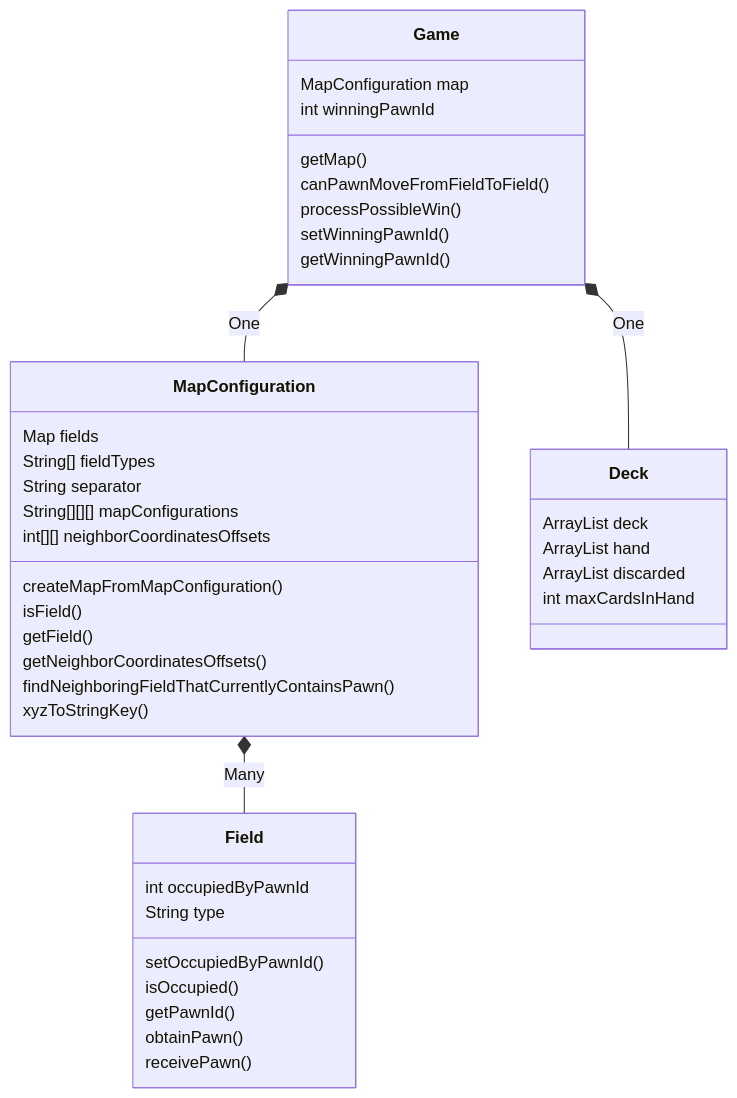
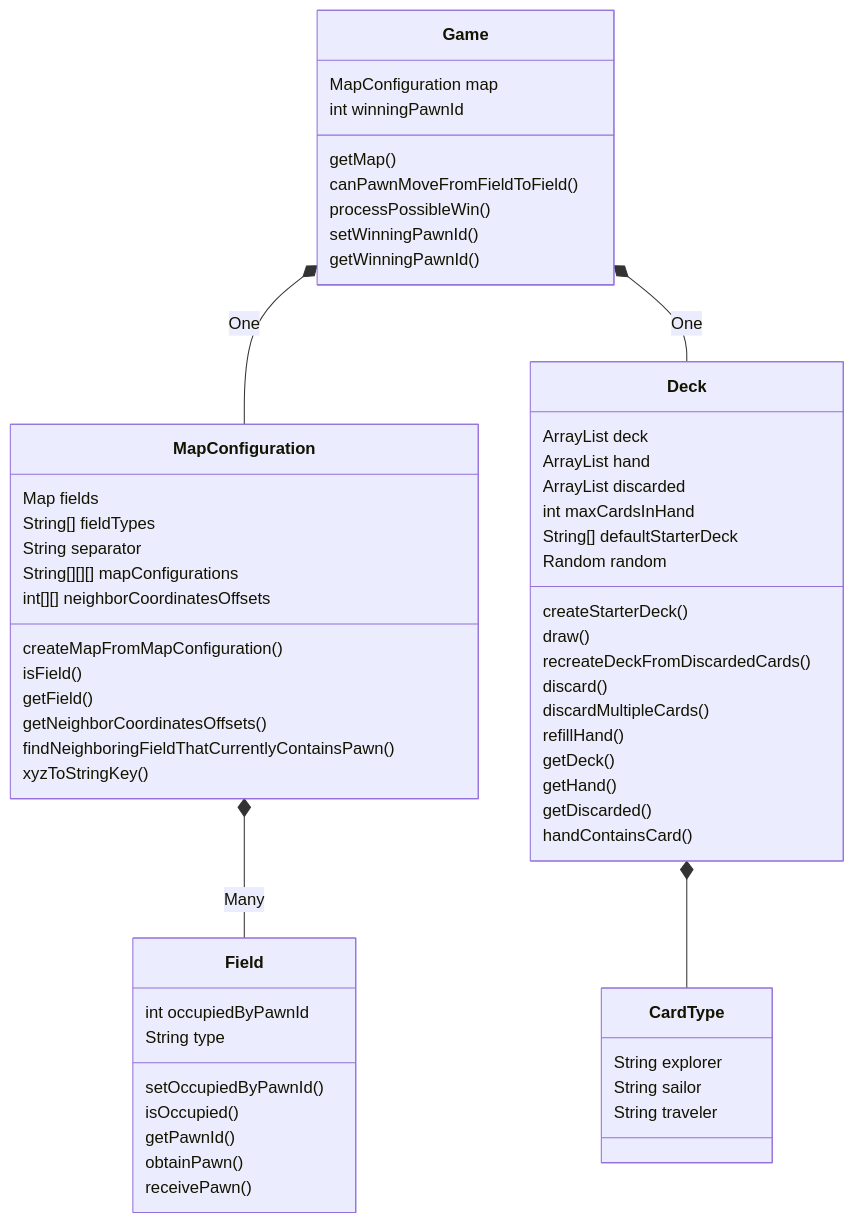
The ninth of 9 diagrams in ARCHITECTURE.md (stijnlinderman/eldorado), drawn with Mermaid before and after one commit.

````diff
--- a/ARCHITECTURE.md
+++ b/ARCHITECTURE.md
@@ -225,35 +225,51 @@
 ```mermaid
 classDiagram
 	Game *-- MapConfiguration : One
 	Game *-- Deck : One
 	Game : MapConfiguration map
 	Game : int winningPawnId
 	Game : getMap()
 	Game : canPawnMoveFromFieldToField()
 	Game : processPossibleWin()
 	Game : setWinningPawnId()
 	Game : getWinningPawnId()
 	MapConfiguration *-- Field : Many
 	MapConfiguration : Map<String,Field> fields
 	MapConfiguration : String[] fieldTypes
 	MapConfiguration : String separator
 	MapConfiguration : String[][][] mapConfigurations
 	MapConfiguration : int[][] neighborCoordinatesOffsets
 	MapConfiguration : createMapFromMapConfiguration()
 	MapConfiguration : isField()
 	MapConfiguration : getField()
 	MapConfiguration : getNeighborCoordinatesOffsets()
 	MapConfiguration : findNeighboringFieldThatCurrentlyContainsPawn()
 	MapConfiguration : xyzToStringKey()
 	Field : int occupiedByPawnId
 	Field : String type
 	Field : setOccupiedByPawnId()
 	Field : isOccupied()
 	Field : getPawnId()
 	Field : obtainPawn()
 	Field : receivePawn()
+	Deck *-- CardType
 	Deck : ArrayList<String> deck
 	Deck : ArrayList<String> hand
 	Deck : ArrayList<String> discarded
 	Deck : int maxCardsInHand
+	Deck : String[] defaultStarterDeck
+	Deck : Random random
+	Deck : createStarterDeck()
+	Deck : draw()
+	Deck : recreateDeckFromDiscardedCards()
+	Deck : discard()
+	Deck : discardMultipleCards()
+	Deck : refillHand()
+	Deck : getDeck()
+	Deck : getHand()
+	Deck : getDiscarded()
+	Deck : handContainsCard()
+	CardType : String explorer
+	CardType : String sailor
+	CardType : String traveler
 ```
````
